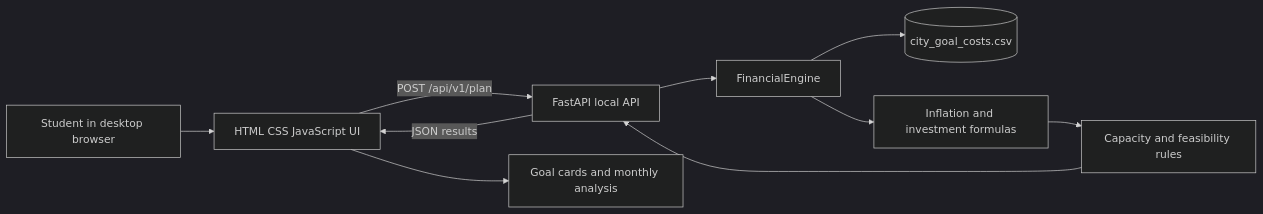
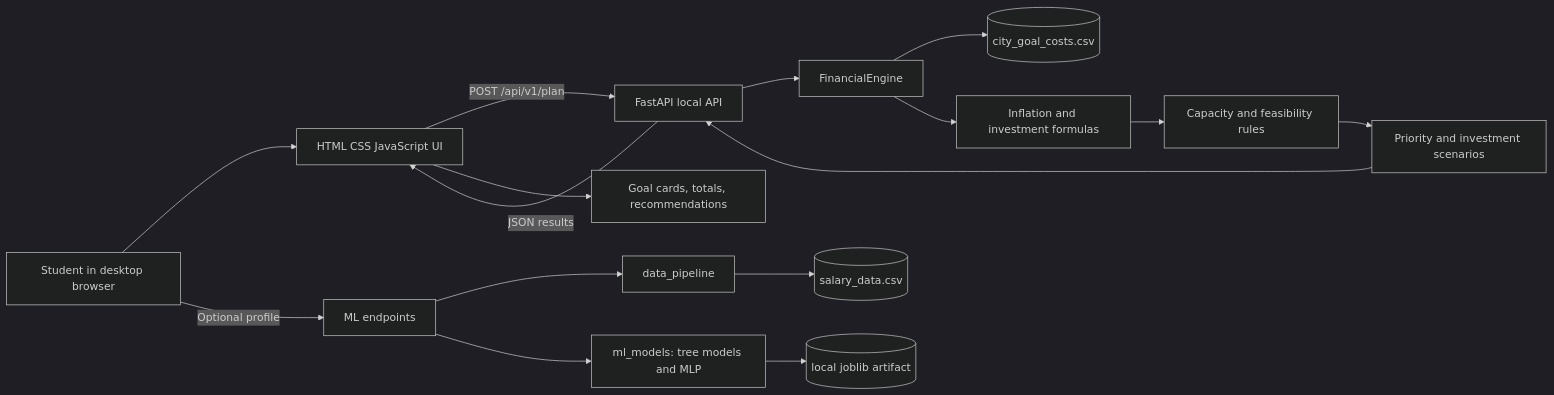
The diagram in ARCHITECTURE.md (AdityaChakraborty/NextGenFinancial1), drawn with Mermaid (dark theme) before and after one commit. The commit also changed other lines of this file and 5 other files, not shown here.

````diff
--- a/ARCHITECTURE.md
+++ b/ARCHITECTURE.md
@@ -3,12 +3,18 @@
 ```mermaid
 flowchart LR
     User[Student in desktop browser] --> UI[HTML CSS JavaScript UI]
     UI -->|POST /api/v1/plan| API[FastAPI local API]
     API --> Engine[FinancialEngine]
     Engine --> CSV[(city_goal_costs.csv)]
     Engine --> Formula[Inflation and investment formulas]
     Formula --> Feasibility[Capacity and feasibility rules]
-    Feasibility --> API
+    Feasibility --> Suggestions[Priority and investment scenarios]
+    Suggestions --> API
     API -->|JSON results| UI
-    UI --> Results[Goal cards and monthly analysis]
+    UI --> Results[Goal cards, totals, recommendations]
+    User -->|Optional profile| ML[ML endpoints]
+    ML --> Pipeline[data_pipeline]
+    Pipeline --> Salary[(salary_data.csv)]
+    ML --> Models[ml_models: tree models and MLP]
+    Models --> Artifact[(local joblib artifact)]
 ```
````
